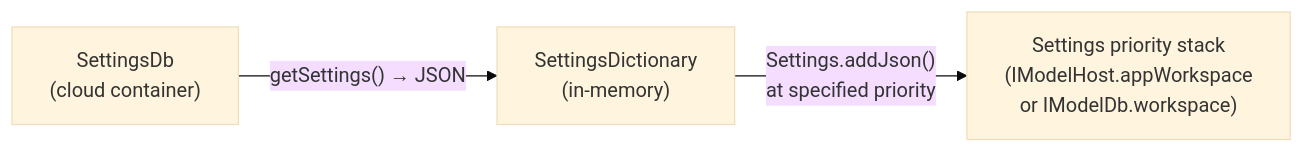
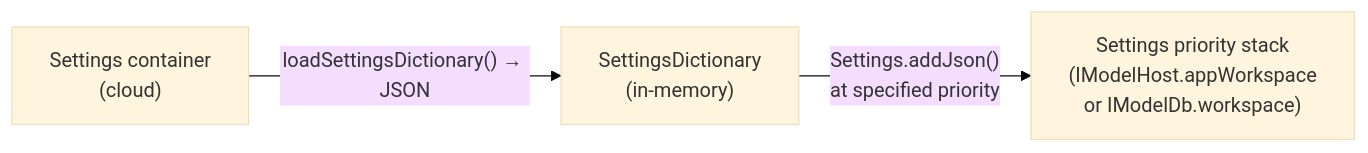
The second of 2 diagrams in docs/learning/backend/Settings.md (iTwin/itwinjs-core), drawn with Mermaid (base theme) before and after one commit. The commit also changed other lines of this file and 3 other files, not shown here.

First line of the commit message:
Replace SettingsDb with 'settings container' across learning docs

````diff
--- a/docs/learning/backend/Settings.md
+++ b/docs/learning/backend/Settings.md
@@ -306,9 +306,9 @@
 ```mermaid
 graph LR
-    SDB["SettingsDb<br/>(cloud container)"]
+    SDB["Settings container<br/>(cloud)"]
     Dict["SettingsDictionary<br/>(in-memory)"]
     Stack["Settings priority stack<br/>(IModelHost.appWorkspace<br/>or IModelDb.workspace)"]
 
-    SDB -->|"getSettings() → JSON"| Dict
+    SDB -->|"loadSettingsDictionary() → JSON"| Dict
     Dict -->|"Settings.addJson()\nat specified priority"| Stack
 ```
````
